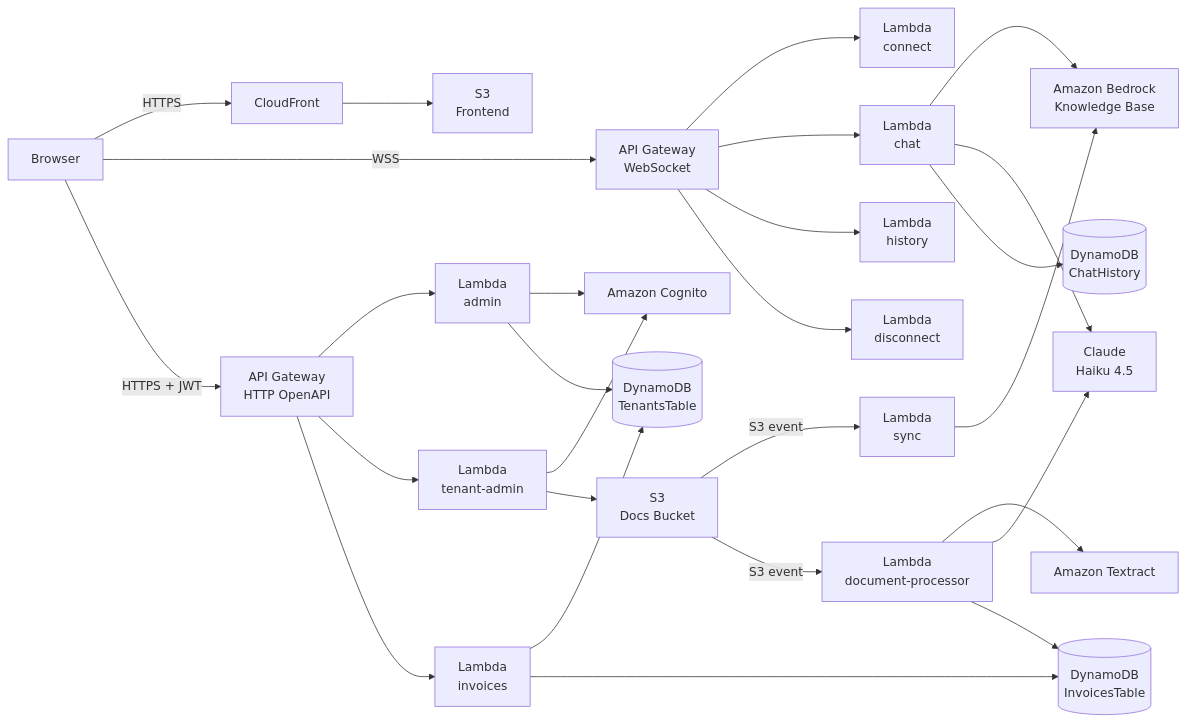
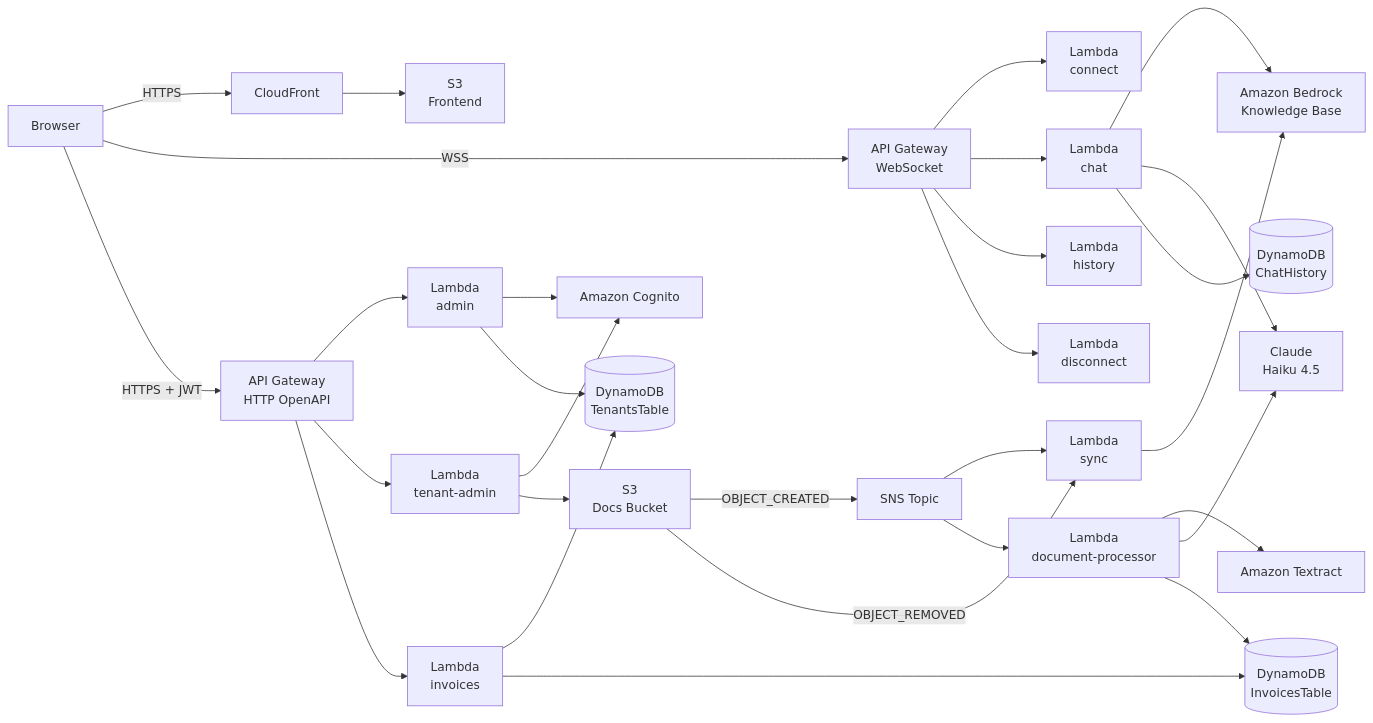
One commit to effectivegenie/knowledge-assistant changed the first of 3 diagrams in docs/architecture.md. Above: the diagram before and after it, drawn with Mermaid. The commit also changed other lines of this file, not shown here.

Commit message:
docs(architecture): update diagram to reflect SNS fanout for OBJECT_CREATED

````diff
--- a/docs/architecture.md
+++ b/docs/architecture.md
@@ -7,30 +7,32 @@
 ```mermaid
 graph LR
     Browser -->|HTTPS| CF[CloudFront]
     Browser -->|WSS| WS[API Gateway\nWebSocket]
     Browser -->|HTTPS + JWT| HTTP[API Gateway\nHTTP OpenAPI]
 
     CF --> FE[S3\nFrontend]
     WS --> LC[Lambda\nconnect]
     WS --> LChat[Lambda\nchat]
     WS --> LH[Lambda\nhistory]
     WS --> LD[Lambda\ndisconnect]
     HTTP --> LA[Lambda\nadmin]
     HTTP --> LTA[Lambda\ntenant-admin]
     HTTP --> LInv[Lambda\ninvoices]
 
     LChat --> Bedrock[Amazon Bedrock\nKnowledge Base]
     LChat --> Claude[Claude\nHaiku 4.5]
     LA & LTA --> Cognito[Amazon Cognito]
     LA --> DDB[(DynamoDB\nTenantsTable)]
     LInv --> DDB
     LInv --> DDB3[(DynamoDB\nInvoicesTable)]
     LChat --> DDB2[(DynamoDB\nChatHistory)]
     LTA --> S3D[S3\nDocs Bucket]
-    S3D -->|S3 event| LS[Lambda\nsync]
-    S3D -->|S3 event| LDP[Lambda\ndocument-processor]
+    S3D -->|OBJECT_CREATED| SNS[SNS Topic]
+    S3D -->|OBJECT_REMOVED| LS
+    SNS --> LS[Lambda\nsync]
+    SNS --> LDP[Lambda\ndocument-processor]
     LS --> Bedrock
     LDP --> Textract[Amazon Textract]
     LDP --> Claude
     LDP --> DDB3
 ```
````
